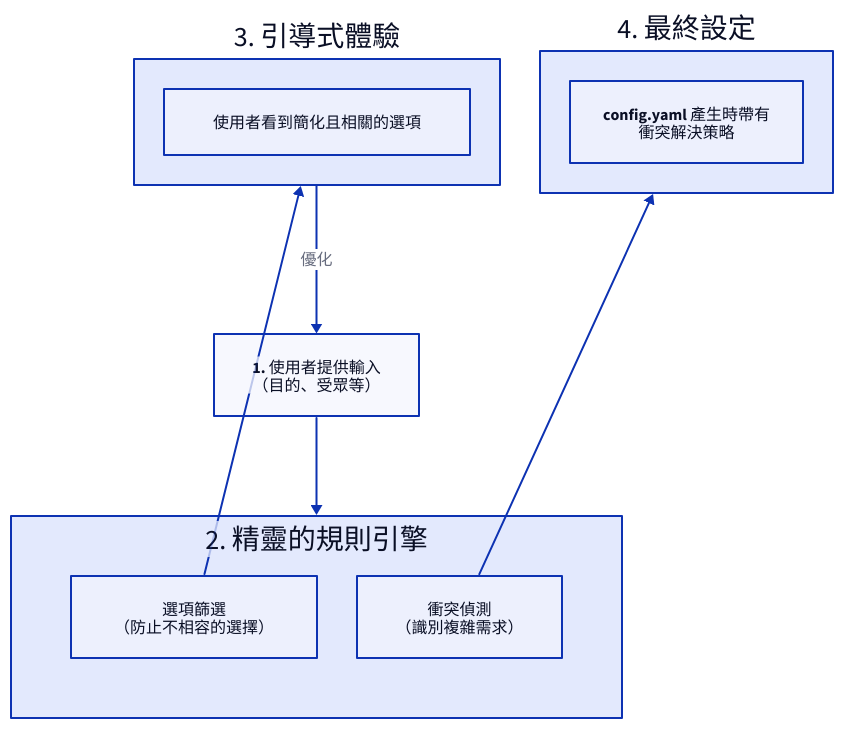
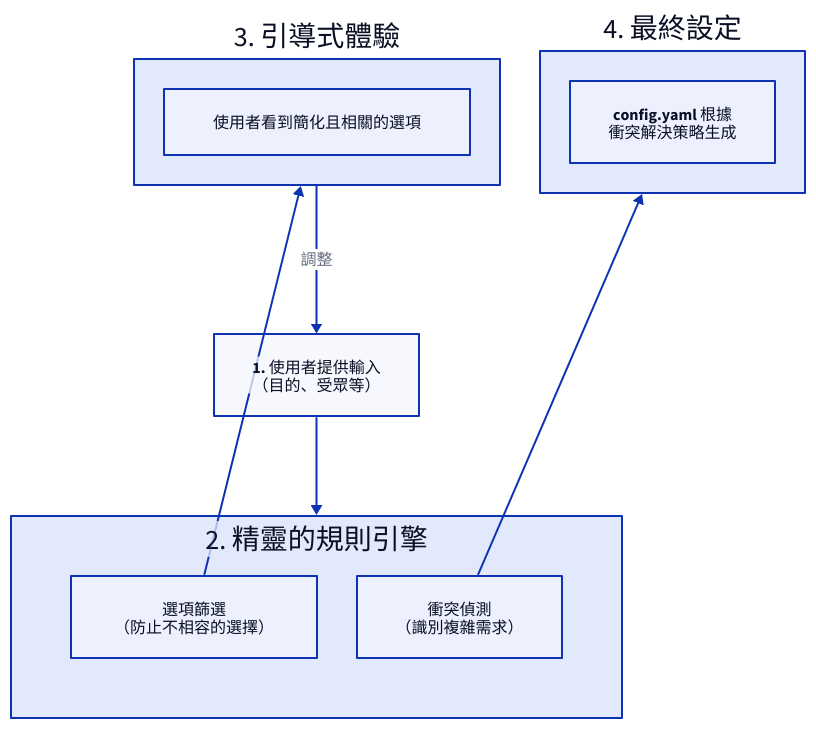
One commit to AIGNE-io/aigne-doc-smith changed the diagram in docs/configuration-interactive-setup.zh-TW.md. Above: the diagram before and after it, drawn with D2. The commit also changed other lines of this file and 65 other files, not shown here.

````diff
--- a/docs/configuration-interactive-setup.zh-TW.md
+++ b/docs/configuration-interactive-setup.zh-TW.md
@@ -32,38 +32,38 @@
 ```d2
 direction: down
 
 User-Selections: {
   label: "1. 使用者提供輸入\n（目的、受眾等）"
   shape: rectangle
 }
 
 Wizard-Engine: {
   label: "2. 精靈的規則引擎"
   shape: rectangle
   grid-columns: 2
 
   Filtering: {
     label: "選項篩選\n（防止不相容的選擇）"
   }
 
   Conflict-Detection: {
     label: "衝突偵測\n（識別複雜需求）"
   }
 }
 
 Guided-Experience: {
   label: "3. 引導式體驗"
   shape: rectangle
   content: "使用者看到簡化且相關的選項"
 }
 
 Final-Config: {
   label: "4. 最終設定"
-  content: "config.yaml 產生時帶有\n衝突解決策略"
+  content: "config.yaml 根據\n衝突解決策略生成"
 }
 
 User-Selections -> Wizard-Engine
 Wizard-Engine.Filtering -> Guided-Experience
 Wizard-Engine.Conflict-Detection -> Final-Config
-Guided-Experience -> User-Selections: "優化"
+Guided-Experience -> User-Selections: "調整"
 ```
````
